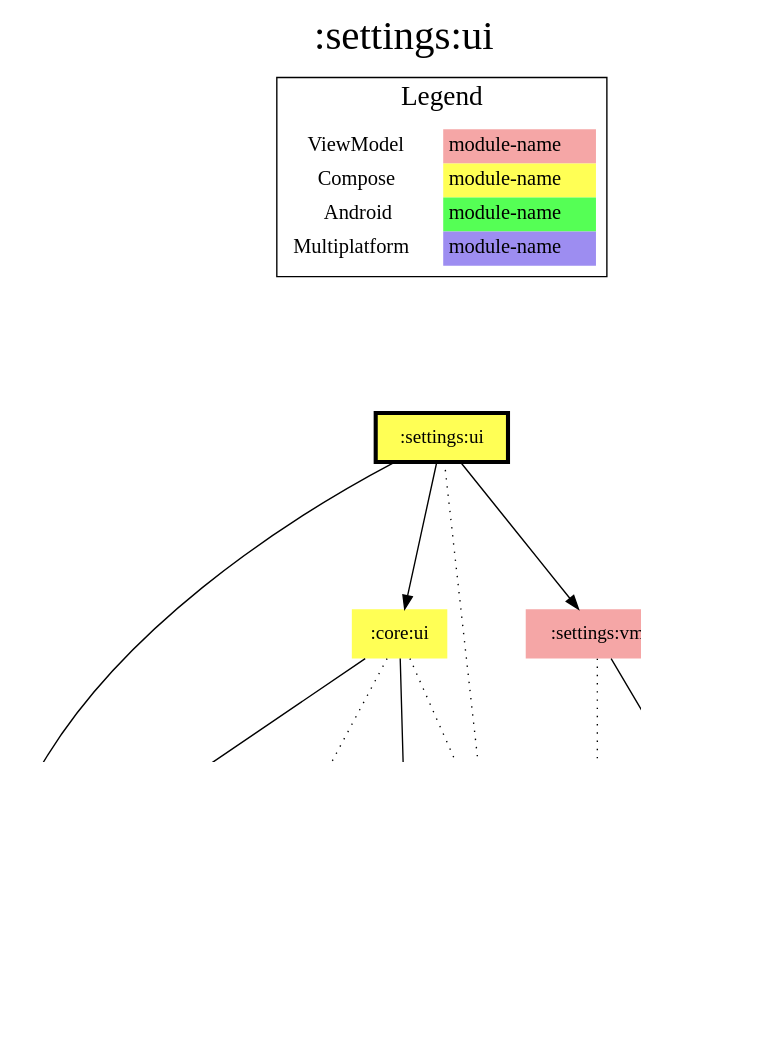
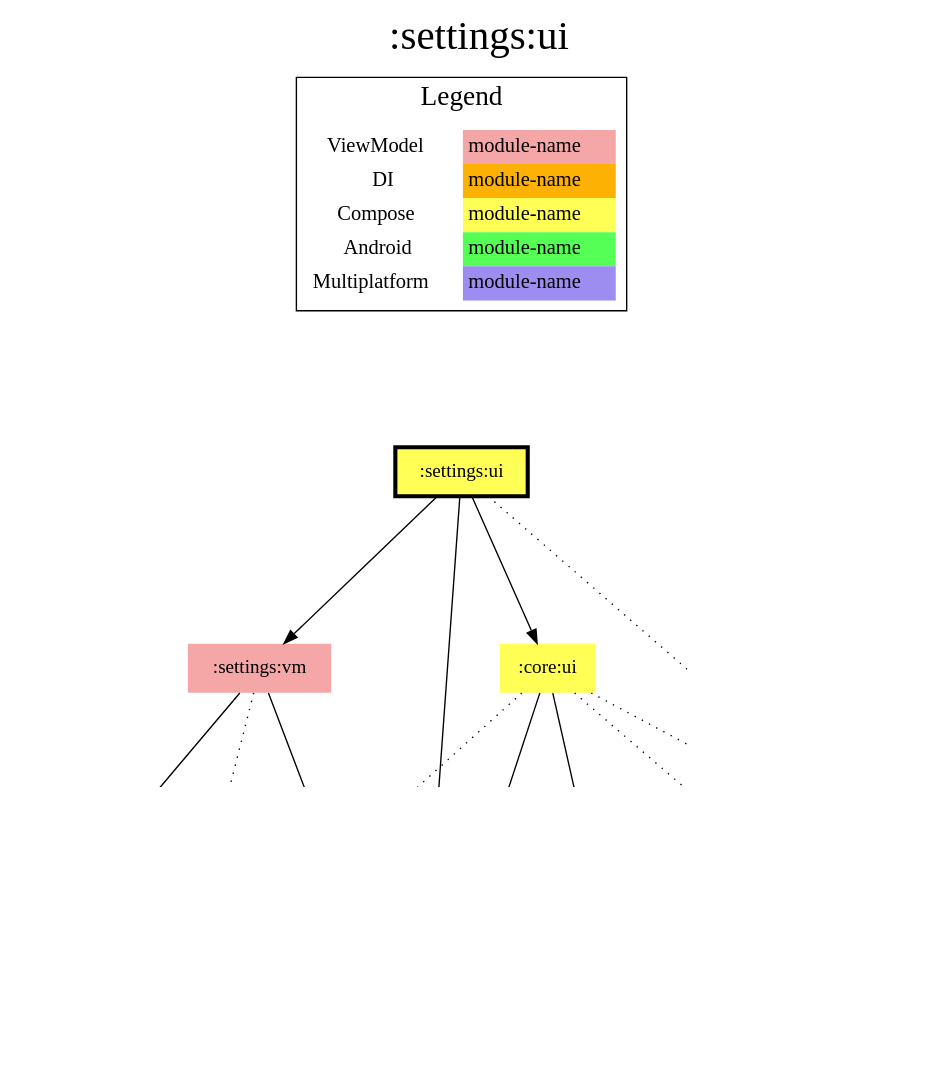
Before and after one commit to jonapoul/aktual: the diagram in modules/settings/ui/modules.dot, drawn with Graphviz. The commit also changed 217 other files, not shown here.

```diff
--- a/modules/settings/ui/modules.dot
+++ b/modules/settings/ui/modules.dot
@@ -1,44 +1,48 @@
 digraph {
 edge ["dir"="forward"]
 graph ["dpi"="100","label"=":settings:ui","labelloc"="t","fontsize"="30","ranksep"="1.5","rankdir"="TB"]
 node ["style"="filled"]
 ":account:model" ["fillcolor"="#9D8DF1","shape"="none"]
 ":budget:model" ["fillcolor"="#9D8DF1","shape"="none"]
 ":core:android" ["fillcolor"="#55FF55","shape"="none"]
+":core:di" ["fillcolor"="#FCB103","shape"="none"]
 ":core:model" ["fillcolor"="#9D8DF1","shape"="none"]
 ":core:ui" ["fillcolor"="#FFFF55","shape"="none"]
 ":l10n" ["fillcolor"="#9D8DF1","shape"="none"]
 ":logging" ["fillcolor"="#9D8DF1","shape"="none"]
 ":prefs" ["fillcolor"="#9D8DF1","shape"="none"]
 ":settings:ui" ["fillcolor"="#FFFF55","color"="black","penwidth"="3","shape"="box"]
 ":settings:vm" ["fillcolor"="#F5A6A6","shape"="none"]
 {
 edge ["dir"="none"]
 graph ["rank"="same"]
 ":settings:ui"
 }
 ":core:ui" -> ":budget:model"
 ":core:ui" -> ":core:android" ["style"="dotted"]
+":core:ui" -> ":core:di" ["style"="dotted"]
 ":core:ui" -> ":core:model"
 ":core:ui" -> ":l10n" ["style"="dotted"]
 ":prefs" -> ":account:model"
 ":prefs" -> ":core:model"
 ":settings:ui" -> ":core:model"
 ":settings:ui" -> ":core:ui"
 ":settings:ui" -> ":l10n" ["style"="dotted"]
 ":settings:ui" -> ":settings:vm"
+":settings:vm" -> ":core:di"
 ":settings:vm" -> ":logging" ["style"="dotted"]
 ":settings:vm" -> ":prefs"
 subgraph "cluster_legend" {
 edge ["dir"="none"]
 graph ["label"="Legend","fontsize"="20"]
 "Legend" ["style"="filled","fillcolor"="#FFFFFF","shape"="none","margin"="0","fontsize"="15","label"=<
 <TABLE BORDER="0" CELLBORDER="0" CELLSPACING="0" CELLPADDING="4">
 <TR><TD>ViewModel</TD><TD BGCOLOR="#F5A6A6">module-name</TD></TR>
+<TR><TD>DI</TD><TD BGCOLOR="#FCB103">module-name</TD></TR>
 <TR><TD>Compose</TD><TD BGCOLOR="#FFFF55">module-name</TD></TR>
 <TR><TD>Android</TD><TD BGCOLOR="#55FF55">module-name</TD></TR>
 <TR><TD>Multiplatform</TD><TD BGCOLOR="#9D8DF1">module-name</TD></TR>
 </TABLE>
 >]
 } -> ":settings:ui" ["style"="invis"]
 }
```
